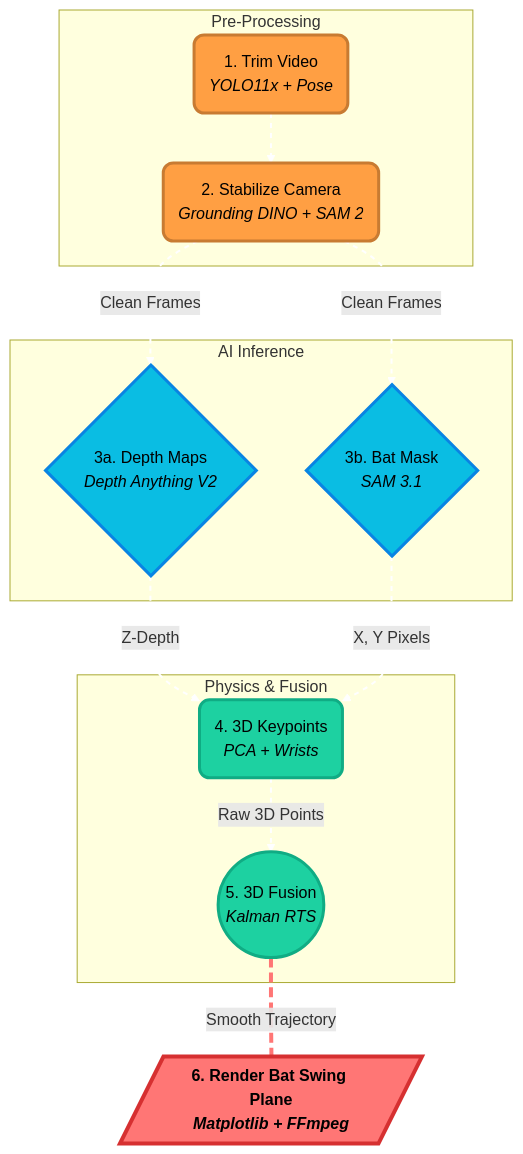
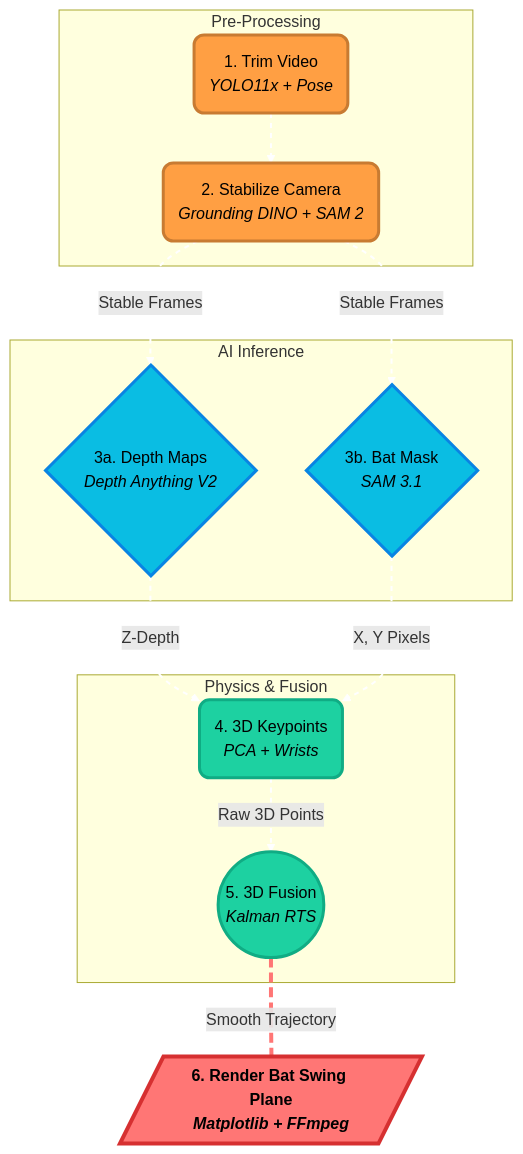
Before and after one commit to adnanmsk/blog_privew: the fourth of 5 diagrams in pipeline_diagrams.md, drawn with Mermaid. The commit also changed other lines of this file, not shown here.

Commit message:
Add Option 5 with true CSS animations and clean node text

````diff
--- a/pipeline_diagrams.md
+++ b/pipeline_diagrams.md
@@ -115,29 +115,29 @@
 ```mermaid
 graph TD
     %% Custom Premium Styles
     classDef prep fill:#ff9f43,stroke:#c87b32,color:#000,stroke-width:3px,rx:10px,ry:10px;
     classDef infer fill:#0abde3,stroke:#0984e3,color:#000,stroke-width:3px,rx:10px,ry:10px;
     classDef phys fill:#1dd1a1,stroke:#10ac84,color:#000,stroke-width:3px,rx:10px,ry:10px;
     classDef out fill:#ff7675,stroke:#d63031,color:#000,stroke-width:4px,rx:15px,ry:15px,font-weight:bold;
 
     subgraph Pre-Processing
         T("1. Trim Video<br><i>YOLO11x + Pose</i>"):::prep --> S("2. Stabilize Camera<br><i>Grounding DINO + SAM 2</i>"):::prep
     end
     
     subgraph AI Inference
-        S -- "Clean Frames" --> D{"3a. Depth Maps<br><i>Depth Anything V2</i>"}:::infer
-        S -- "Clean Frames" --> Seg{"3b. Bat Mask<br><i>SAM 3.1</i>"}:::infer
+        S -- "Stable Frames" --> D{"3a. Depth Maps<br><i>Depth Anything V2</i>"}:::infer
+        S -- "Stable Frames" --> Seg{"3b. Bat Mask<br><i>SAM 3.1</i>"}:::infer
     end
     
     subgraph Physics & Fusion
         D -- "Z-Depth" --> K("4. 3D Keypoints<br><i>PCA + Wrists</i>"):::phys
         Seg -- "X, Y Pixels" --> K
         K -- "Raw 3D Points" --> F(("5. 3D Fusion<br><i>Kalman RTS</i>")):::phys
     end
     
     F == "Smooth Trajectory" === R[/"6. Render Bat Swing Plane<br><i>Matplotlib + FFmpeg</i>"/]:::out
 
     %% Animated Dashed Flow Lines
     linkStyle 0,1,2,3,4,5 stroke:#fff,stroke-width:2px,stroke-dasharray: 5 5;
     linkStyle 6 stroke:#ff7675,stroke-width:4px,stroke-dasharray: 10 5;
 ```
````
